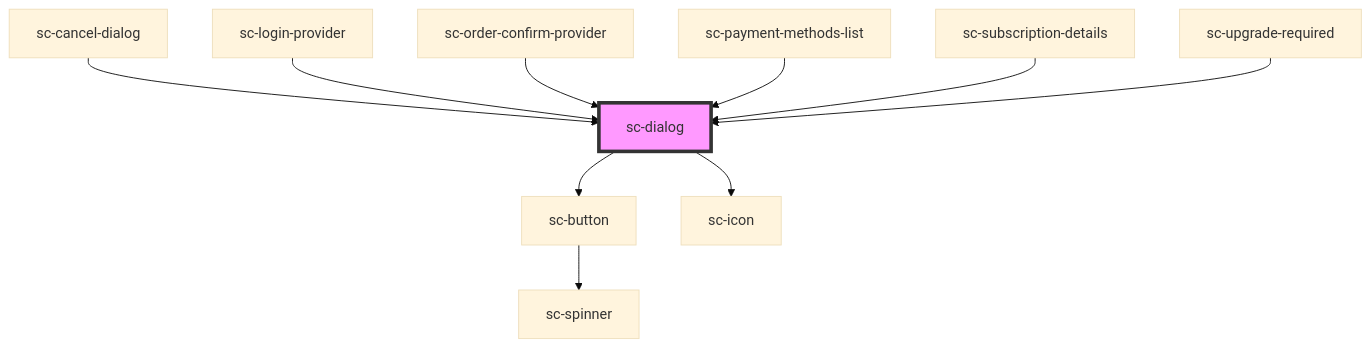
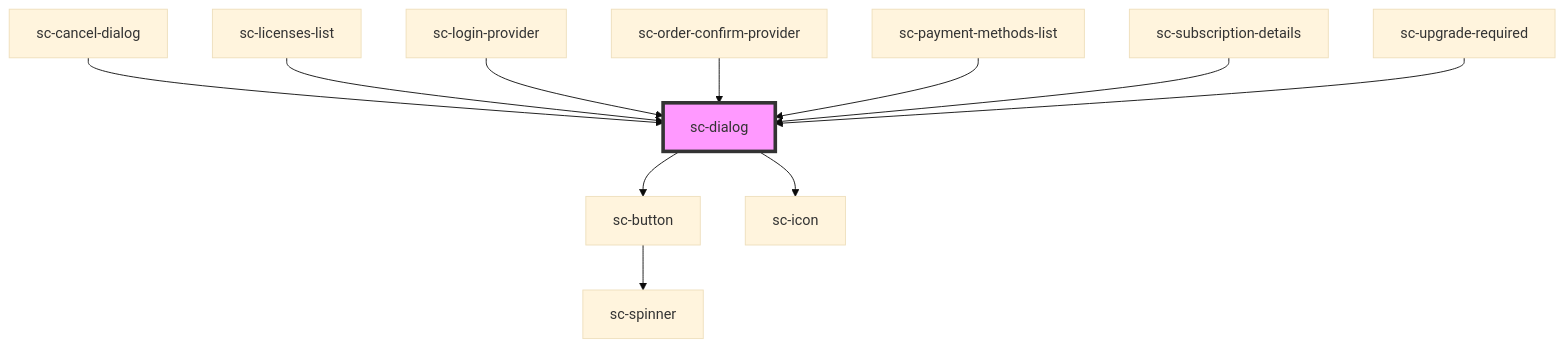
Before and after one commit to surecart/surecart-wp-plugin: the diagram in packages/components/src/components/ui/sc-dialog/readme.md, drawn with Mermaid (base theme). The commit also changed other lines of this file and 17 other files, not shown here.

````diff
--- a/packages/components/src/components/ui/sc-dialog/readme.md
+++ b/packages/components/src/components/ui/sc-dialog/readme.md
@@ -60,13 +61,14 @@
 ```mermaid
 graph TD;
   sc-dialog --> sc-button
   sc-dialog --> sc-icon
   sc-button --> sc-spinner
   sc-cancel-dialog --> sc-dialog
+  sc-licenses-list --> sc-dialog
   sc-login-provider --> sc-dialog
   sc-order-confirm-provider --> sc-dialog
   sc-payment-methods-list --> sc-dialog
   sc-subscription-details --> sc-dialog
   sc-upgrade-required --> sc-dialog
   style sc-dialog fill:#f9f,stroke:#333,stroke-width:4px
 ```
````
